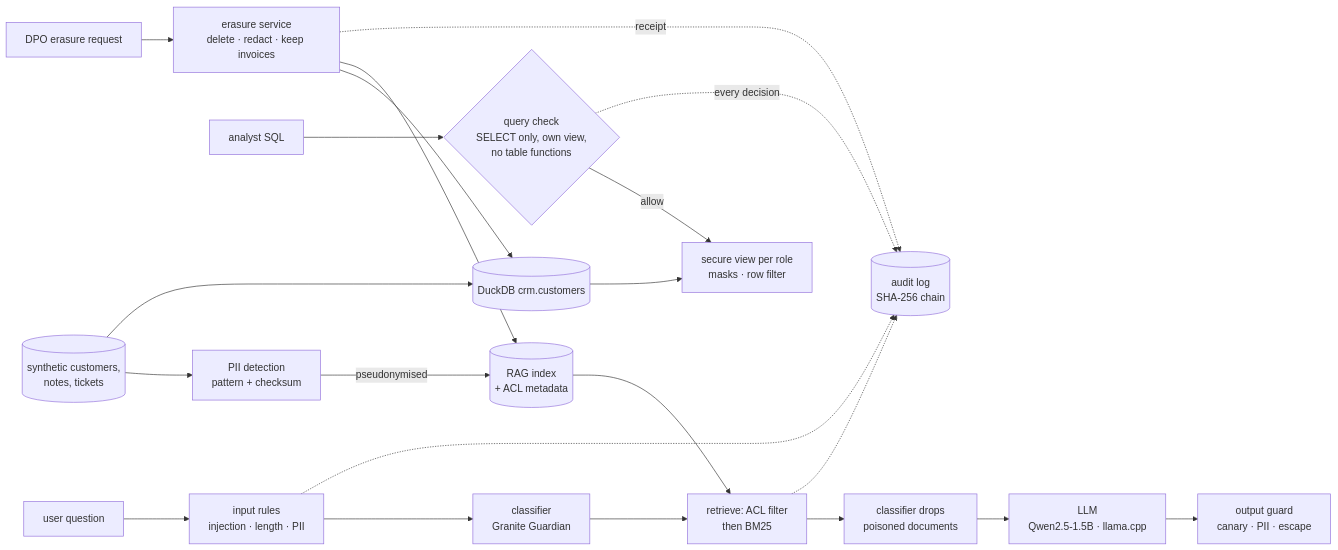
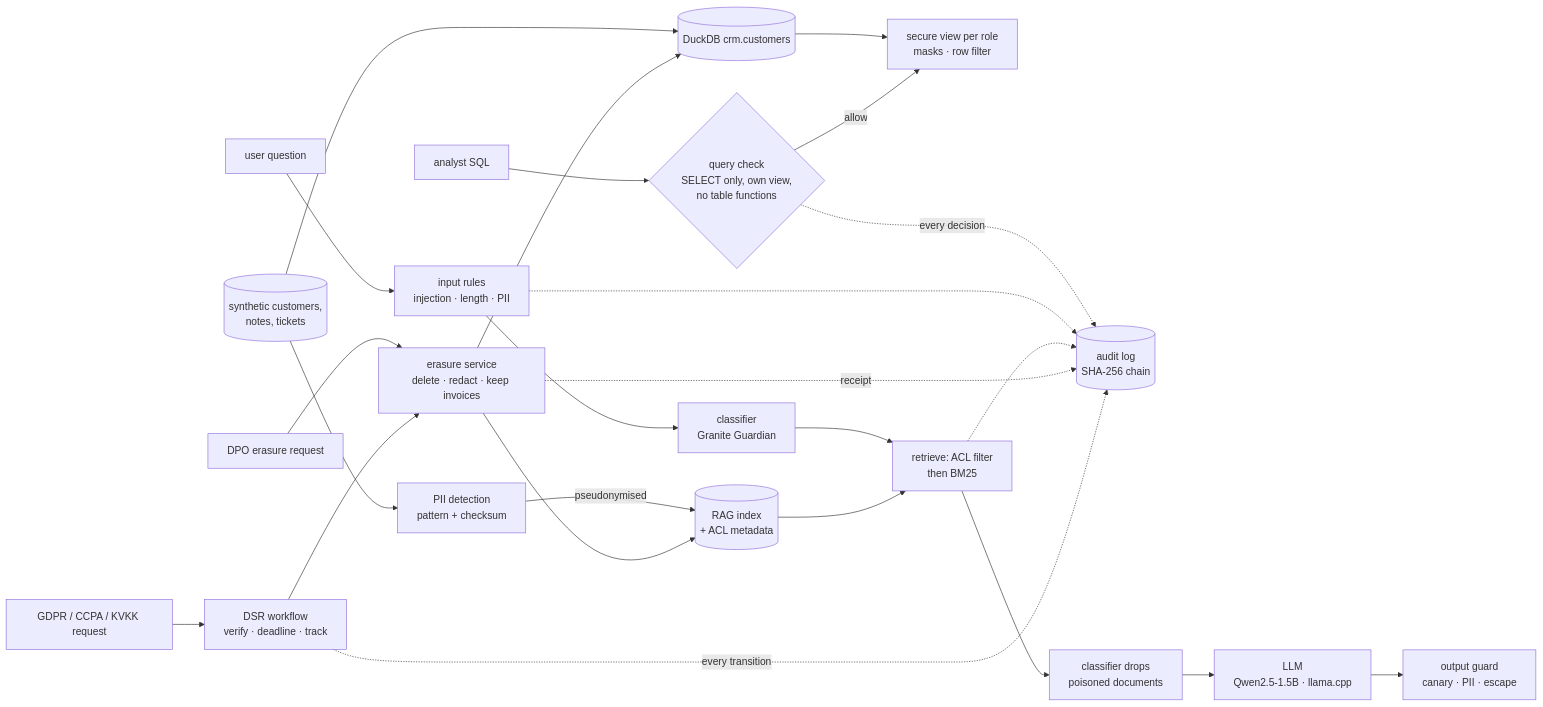
Before and after one commit to masterfabric/masterfabric-secure-data-ai: the diagram in README.md, drawn with Mermaid. The commit also changed other lines of this file and 1 other file, not shown here.

Commit message:
README: section 8 data-subject requests (figures 11-13), key results, limitations, 98 tests; timeline entry

````diff
--- a/README.md
+++ b/README.md
@@ -55,23 +59,26 @@
 ```mermaid
 flowchart LR
   S[(synthetic customers,<br/>notes, tickets)] --> P[PII detection<br/>pattern + checksum]
   P -->|pseudonymised| I[(RAG index<br/>+ ACL metadata)]
   S --> D[(DuckDB crm.customers)]
   D --> V[secure view per role<br/>masks · row filter]
   A[analyst SQL] --> Q{query check<br/>SELECT only, own view,<br/>no table functions}
   Q -->|allow| V
   Q -.->|every decision| L[(audit log<br/>SHA-256 chain)]
   U[user question] --> G1[input rules<br/>injection · length · PII]
   G1 --> C1[classifier<br/>Granite Guardian]
   C1 --> R[retrieve: ACL filter<br/>then BM25]
   I --> R
   R --> C2[classifier drops<br/>poisoned documents]
   C2 --> M[LLM<br/>Qwen2.5-1.5B · llama.cpp]
   M --> G2[output guard<br/>canary · PII · escape]
   G1 -.-> L
   R -.-> L
   E[DPO erasure request] --> X[erasure service<br/>delete · redact · keep invoices]
   X --> D
   X --> I
   X -.->|receipt| L
+  T[GDPR / CCPA / KVKK request] --> W[DSR workflow<br/>verify · deadline · track]
+  W --> X
+  W -.->|every transition| L
 ```
````
